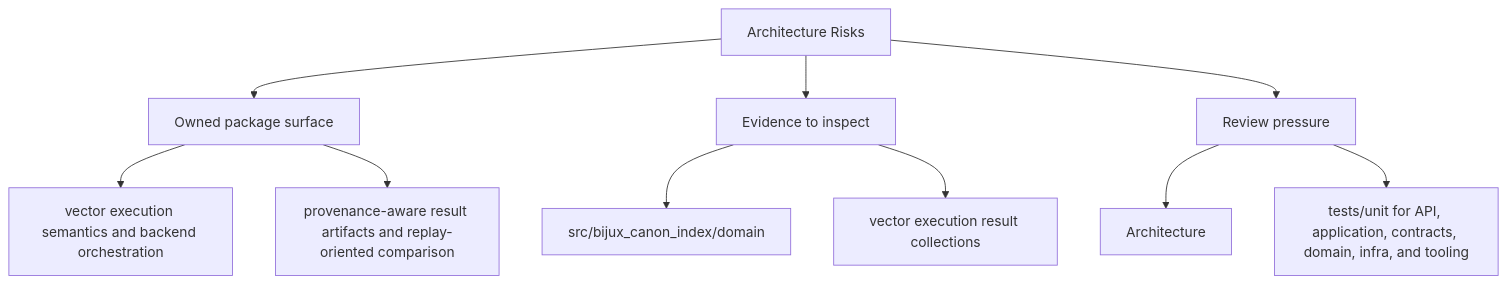
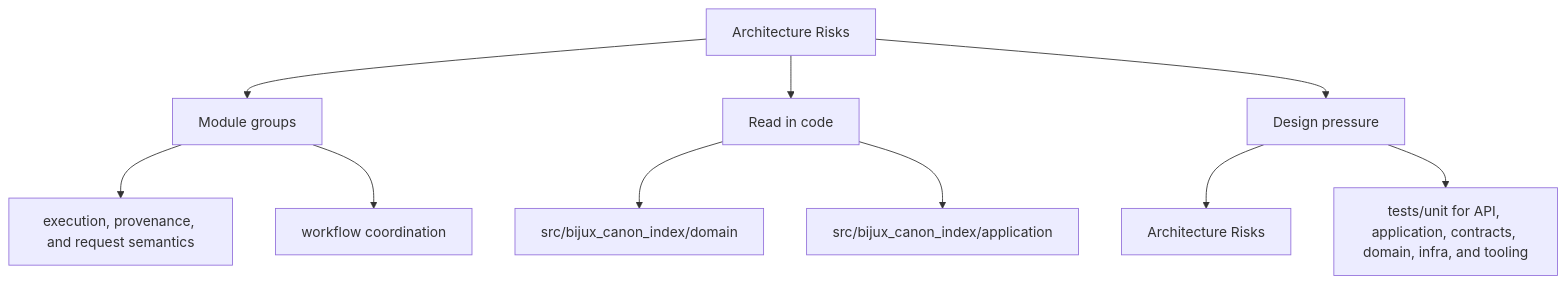
Before and after one commit to bijux/bijux-canon: the second of 2 diagrams in docs/bijux-canon-index/architecture/architecture-risks.md, drawn with Mermaid. The commit also changed other lines of this file and 250 other files, not shown here.

Commit message:
docs(diagrams): make product page maps more readable

````diff
--- a/docs/bijux-canon-index/architecture/architecture-risks.md
+++ b/docs/bijux-canon-index/architecture/architecture-risks.md
@@ -34,22 +34,22 @@
 ```mermaid
 flowchart TD
     page["Architecture Risks"]
-    focus1["Owned package surface"]
+    focus1["Module groups"]
     page --> focus1
-    focus1_1["vector execution semantics and backend orchestration"]
+    focus1_1["execution, provenance, and request semantics"]
     focus1 --> focus1_1
-    focus1_2["provenance-aware result artifacts and replay-oriented comparison"]
+    focus1_2["workflow coordination"]
     focus1 --> focus1_2
-    focus2["Evidence to inspect"]
+    focus2["Read in code"]
     page --> focus2
     focus2_1["src/bijux_canon_index/domain"]
     focus2 --> focus2_1
-    focus2_2["vector execution result collections"]
+    focus2_2["src/bijux_canon_index/application"]
     focus2 --> focus2_2
-    focus3["Review pressure"]
+    focus3["Design pressure"]
     page --> focus3
-    focus3_1["Architecture"]
+    focus3_1["Architecture Risks"]
     focus3 --> focus3_1
     focus3_2["tests/unit for API, application, contracts, domain, infra, and tooling"]
     focus3 --> focus3_2
 ```
````
